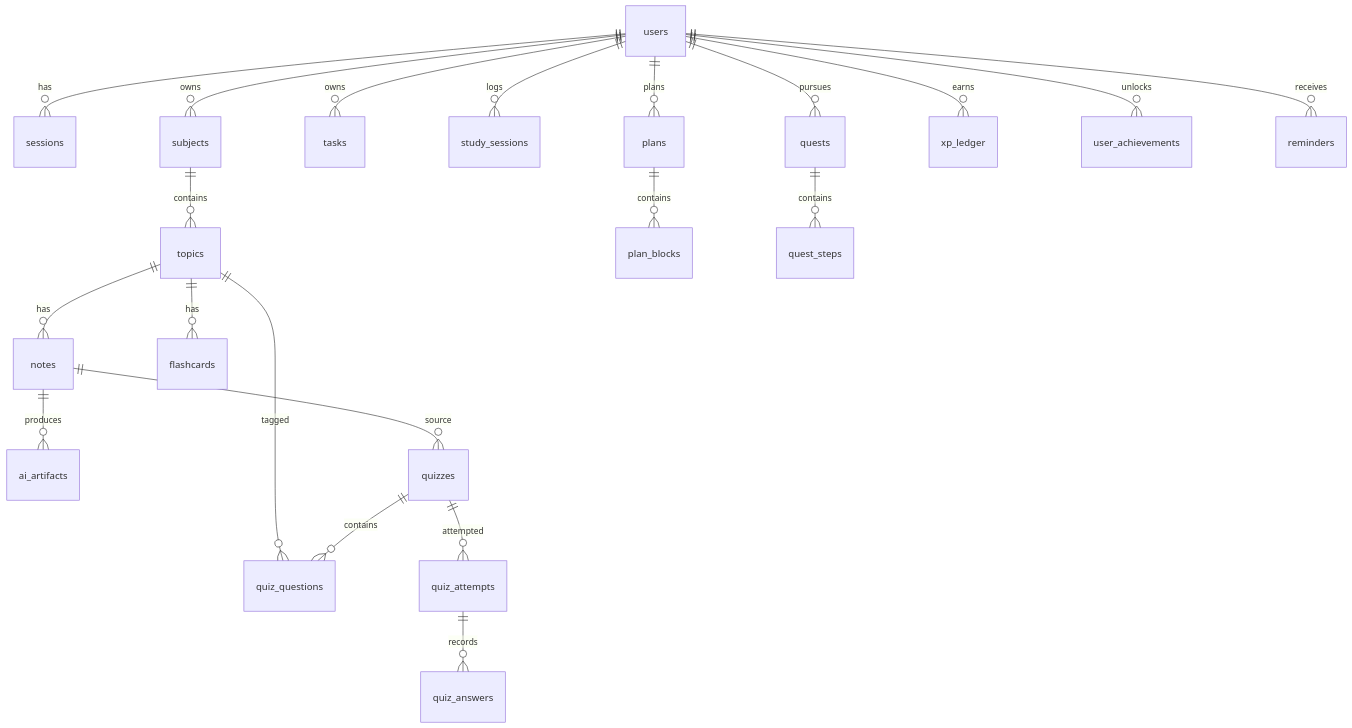
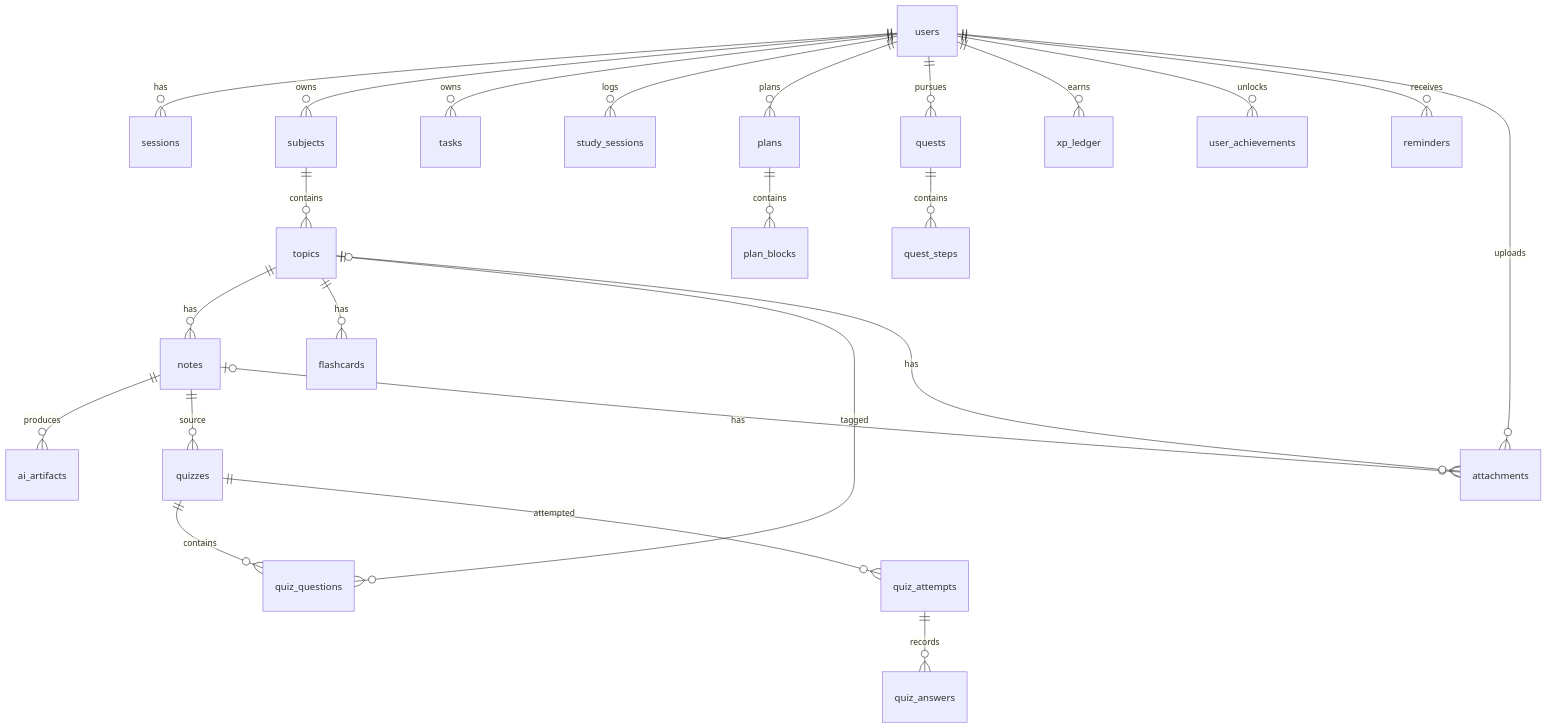
The second of 2 diagrams in docs/IMPLEMENTATION_PLAN.md (xdamarisdiamondx-hash/study-quest), drawn with Mermaid before and after one commit. The commit also changed other lines of this file and 6 other files, not shown here.

````diff
--- a/docs/IMPLEMENTATION_PLAN.md
+++ b/docs/IMPLEMENTATION_PLAN.md
@@ -715,23 +837,26 @@
 ```mermaid
 erDiagram
     users ||--o{ sessions : has
     users ||--o{ subjects : owns
     subjects ||--o{ topics : contains
     topics ||--o{ notes : has
     topics ||--o{ flashcards : has
     topics ||--o{ quiz_questions : tagged
     notes ||--o{ ai_artifacts : produces
     notes ||--o{ quizzes : source
     quizzes ||--o{ quiz_questions : contains
     quizzes ||--o{ quiz_attempts : attempted
     quiz_attempts ||--o{ quiz_answers : records
     users ||--o{ tasks : owns
     users ||--o{ study_sessions : logs
     users ||--o{ plans : plans
     plans ||--o{ plan_blocks : contains
     users ||--o{ quests : pursues
     quests ||--o{ quest_steps : contains
     users ||--o{ xp_ledger : earns
     users ||--o{ user_achievements : unlocks
     users ||--o{ reminders : receives
+    users ||--o{ attachments : uploads
+    notes |o--o{ attachments : has
+    topics |o--o{ attachments : has
 ```
````
